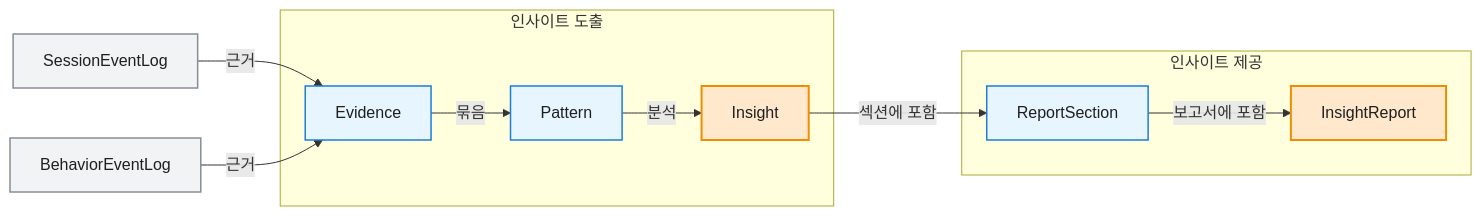
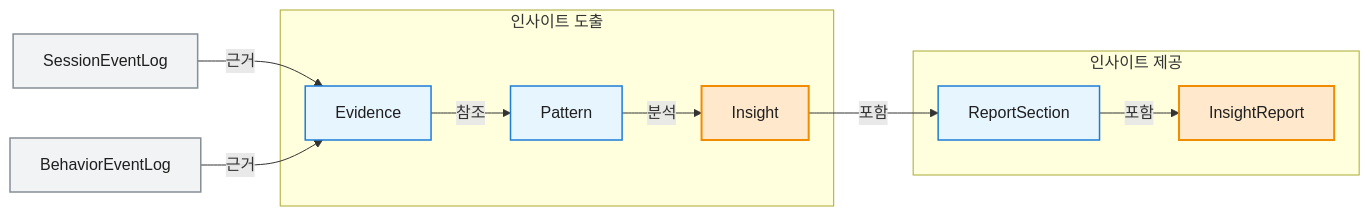
One commit to ewoooo/living-brand-system changed the sixth of 6 diagrams in docs/04-domain-model.md. Above: the diagram before and after it, drawn with Mermaid. The commit also changed other lines of this file and 2 other files, not shown here.

````diff
--- a/docs/04-domain-model.md
+++ b/docs/04-domain-model.md
@@ -532,32 +547,32 @@
 ```mermaid
 flowchart LR
   SessionEventLog["SessionEventLog"]
   BehaviorEventLog["BehaviorEventLog"]
 
   subgraph Discovery["인사이트 도출"]
     Evidence["Evidence"]
     Pattern["Pattern"]
     Insight["Insight"]
   end
 
   subgraph Delivery["인사이트 제공"]
     InsightReport["InsightReport"]
     ReportSection["ReportSection"]
   end
 
   SessionEventLog -->|"근거"| Evidence
   BehaviorEventLog -->|"근거"| Evidence
-  Evidence -->|"묶음"| Pattern
+  Evidence -->|"참조"| Pattern
   Pattern -->|"분석"| Insight
-  Insight -->|"섹션에 포함"| ReportSection
-  ReportSection -->|"보고서에 포함"| InsightReport
+  Insight -->|"포함"| ReportSection
+  ReportSection -->|"포함"| InsightReport
 
   classDef aggregate fill:#FFE8CC,stroke:#F08C00,stroke-width:2px,color:#1F1F1F;
   classDef entity fill:#E7F5FF,stroke:#1C7ED6,stroke-width:1.5px,color:#1F1F1F;
   classDef childEntity fill:#F3F0FF,stroke:#7950F2,stroke-width:1.5px,color:#1F1F1F;
   classDef record fill:#F1F3F5,stroke:#868E96,stroke-width:1.5px,color:#1F1F1F;
 
   class Insight,InsightReport aggregate;
   class Evidence,Pattern,ReportSection entity;
   class SessionEventLog,BehaviorEventLog record;
 ```
````
